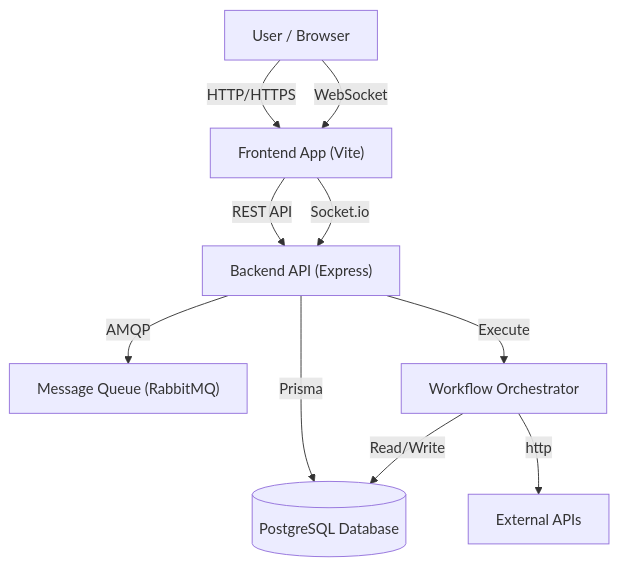
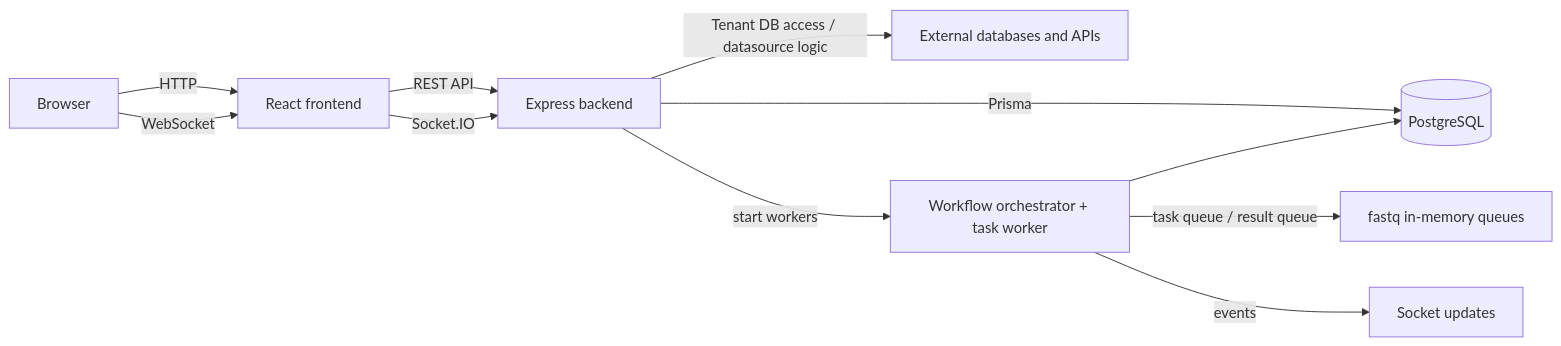
Before and after one commit to Jet-labs/jet-admin: the diagram in docs/docs/intro.md, drawn with Mermaid. The commit also changed other lines of this file and 84 other files, not shown here.

````diff
--- a/docs/docs/intro.md
+++ b/docs/docs/intro.md
@@ -47,15 +80,16 @@
 ```mermaid
-graph TD
-    User["User / Browser"] -->|HTTP/HTTPS| Frontend["Frontend App (Vite)"]
-    User -->|WebSocket| Frontend
-    
-    Frontend -->|REST API| Backend["Backend API (Express)"]
-    Frontend -->|Socket.io| Backend
-    
-    Backend -->|Prisma| DB[("PostgreSQL Database")]
-    Backend -->|AMQP| Queue["Message Queue (RabbitMQ)"]
-    
-    Backend -->|Execute| WorkflowEngine["Workflow Orchestrator"]
-    WorkflowEngine -->|Read/Write| DB
-    WorkflowEngine -->|http| ExternalAPIs["External APIs"]
+flowchart LR
+    Browser[Browser] -->|HTTP| Frontend[React frontend]
+    Browser -->|WebSocket| Frontend
+
+    Frontend -->|REST API| Backend[Express backend]
+    Frontend -->|Socket.IO| Backend
+
+    Backend -->|Prisma| AppDB[(PostgreSQL)]
+    Backend -->|Tenant DB access / datasource logic| ExternalSystems[External databases and APIs]
+
+    Backend -->|start workers| WorkflowRuntime[Workflow orchestrator + task worker]
+    WorkflowRuntime -->|task queue / result queue| InMemoryQueue[fastq in-memory queues]
+    WorkflowRuntime --> AppDB
+    WorkflowRuntime -->|events| Realtime[Socket updates]
 ```
````
